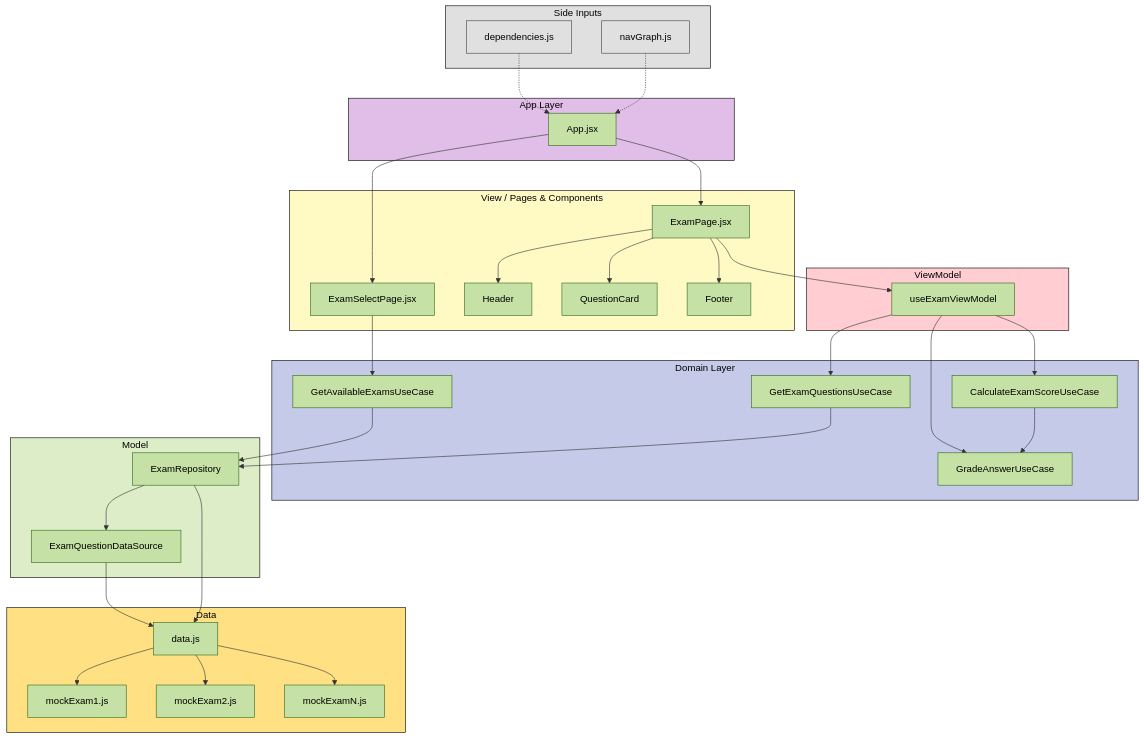
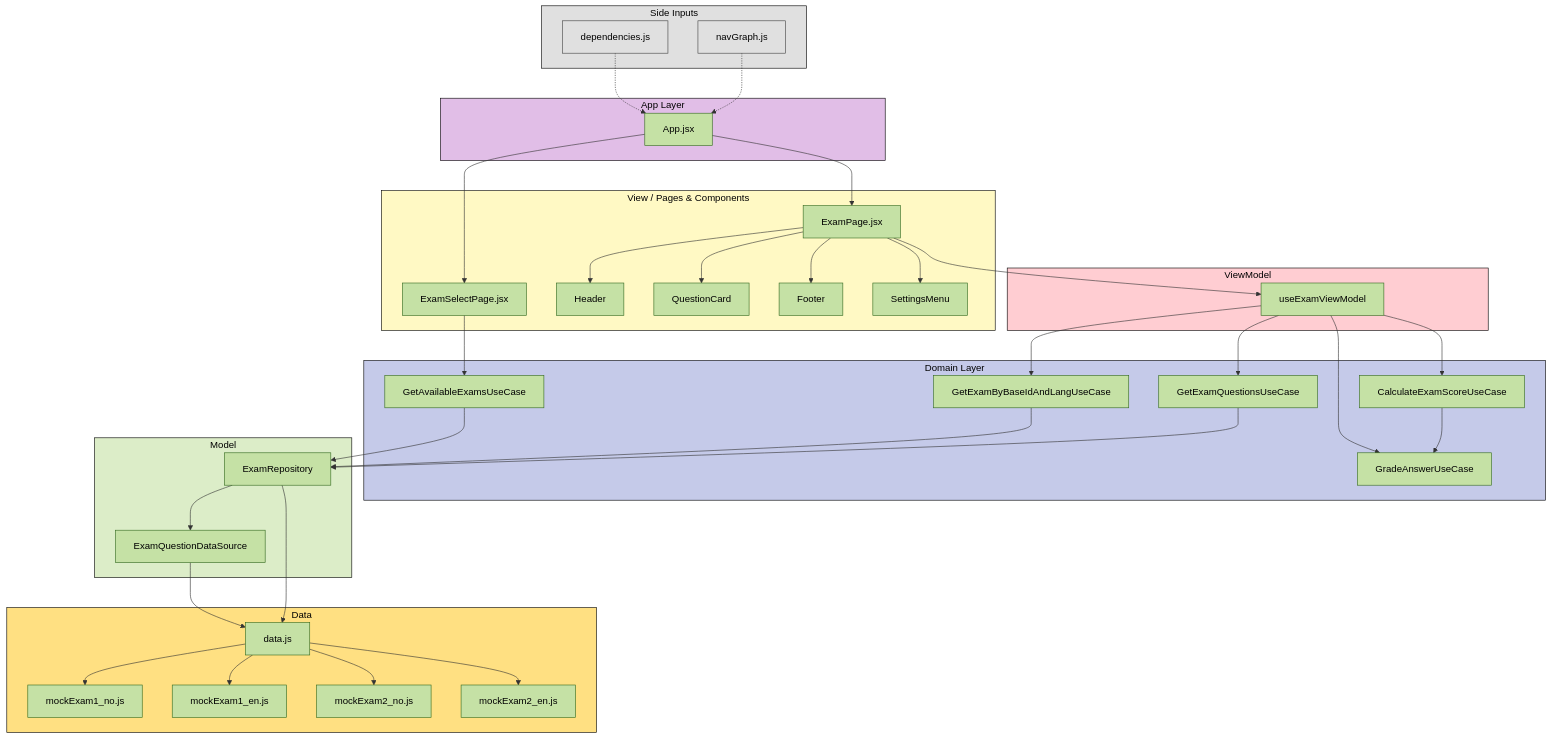
Before and after one commit to FredrikVE/ExamPrepper: the diagram in README.md, drawn with Mermaid. The commit also changed other lines of this file, not shown here.

```diff
--- a/README.md
+++ b/README.md
@@ -176,6 +196,7 @@
     Header["Header"]
     QuestionCard["QuestionCard"]
     Footer["Footer"]
+    SettingsMenu["SettingsMenu"]
 end
 
 %% =========================
@@ -190,6 +211,7 @@
 %% =========================
 subgraph Domain["Domain Layer"]
     GetAvailableExamsUC["GetAvailableExamsUseCase"]
+    GetExamByBaseIdAndLangUC["GetExamByBaseIdAndLangUseCase"]
     GetExamQuestionsUC["GetExamQuestionsUseCase"]
     GradeAnswerUC["GradeAnswerUseCase"]
     CalculateScoreUC["CalculateExamScoreUseCase"]
@@ -208,9 +230,10 @@
 %% =========================
 subgraph Data["Data"]
     DataRegistry["data.js"]
-    MockExam1["mockExam1.js"]
-    MockExam2["mockExam2.js"]
-    MockExamN["mockExamN.js"]
+    MockExam1No["mockExam1_no.js"]
+    MockExam1En["mockExam1_en.js"]
+    MockExam2No["mockExam2_no.js"]
+    MockExam2En["mockExam2_en.js"]
 end
 
 %% =========================
@@ -241,10 +264,12 @@
 ExamPage --> Header
 ExamPage --> QuestionCard
 ExamPage --> Footer
+ExamPage --> SettingsMenu
 
 %% =========================
 %% VIEWMODEL → DOMAIN
 %% =========================
+ExamVM --> GetExamByBaseIdAndLangUC
 ExamVM --> GetExamQuestionsUC
 ExamVM --> GradeAnswerUC
 ExamVM --> CalculateScoreUC
@@ -258,6 +283,7 @@
 %% DOMAIN → MODEL
 %% =========================
 GetAvailableExamsUC --> Repo
+GetExamByBaseIdAndLangUC --> Repo
 GetExamQuestionsUC --> Repo
 
 %% =========================
@@ -270,9 +296,10 @@
 %% =========================
 %% DATA REGISTRY
 %% =========================
-DataRegistry --> MockExam1
-DataRegistry --> MockExam2
-DataRegistry --> MockExamN
+DataRegistry --> MockExam1No
+DataRegistry --> MockExam1En
+DataRegistry --> MockExam2No
+DataRegistry --> MockExam2En
 
 %% =========================
 %% NODE COLORS
@@ -287,11 +314,11 @@
 
 class DI,NavGraph sideNode
 class App appNode
-class ExamSelectPage,ExamPage,Header,QuestionCard,Footer viewNode
+class ExamSelectPage,ExamPage,Header,QuestionCard,Footer,SettingsMenu viewNode
 class ExamVM viewModelNode
-class GetAvailableExamsUC,GetExamQuestionsUC,GradeAnswerUC,CalculateScoreUC domainNode
+class GetAvailableExamsUC,GetExamByBaseIdAndLangUC,GetExamQuestionsUC,GradeAnswerUC,CalculateScoreUC domainNode
 class Repo,DS modelNode
-class DataRegistry,MockExam1,MockExam2,MockExamN dataNode
+class DataRegistry,MockExam1No,MockExam1En,MockExam2No,MockExam2En dataNode
 
 %% =========================
 %% SUBGRAPH COLORS
```
